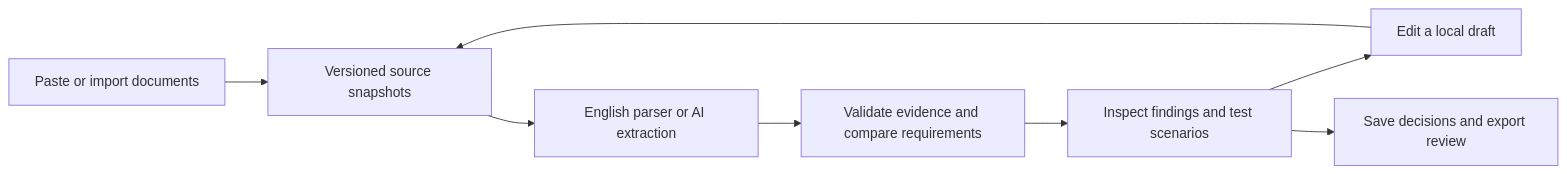
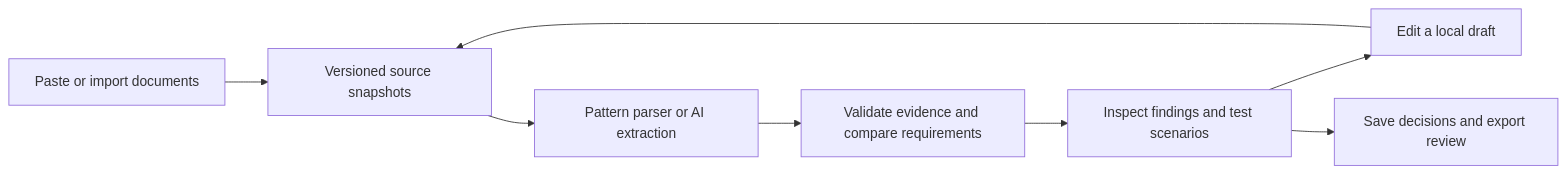
Before and after one commit to ankitlade12/briefcheck: the diagram in README.md, drawn with Mermaid. The commit also changed other lines of this file and 22 other files, not shown here.

````diff
--- a/README.md
+++ b/README.md
@@ -31,10 +31,10 @@
 ```mermaid
 flowchart LR
     A[Paste or import documents] --> B[Versioned source snapshots]
-    B --> C[English parser or AI extraction]
+    B --> C[Pattern parser or AI extraction]
     C --> D[Validate evidence and compare requirements]
     D --> E[Inspect findings and test scenarios]
     E --> F[Edit a local draft]
     F --> B
     E --> G[Save decisions and export review]
 ```
````
